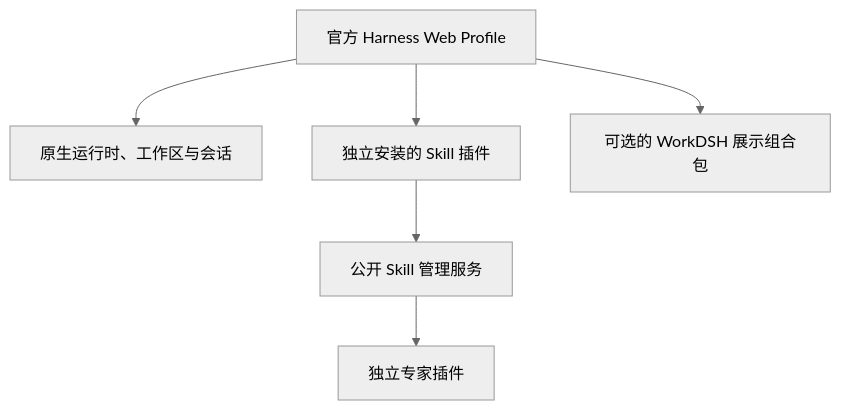
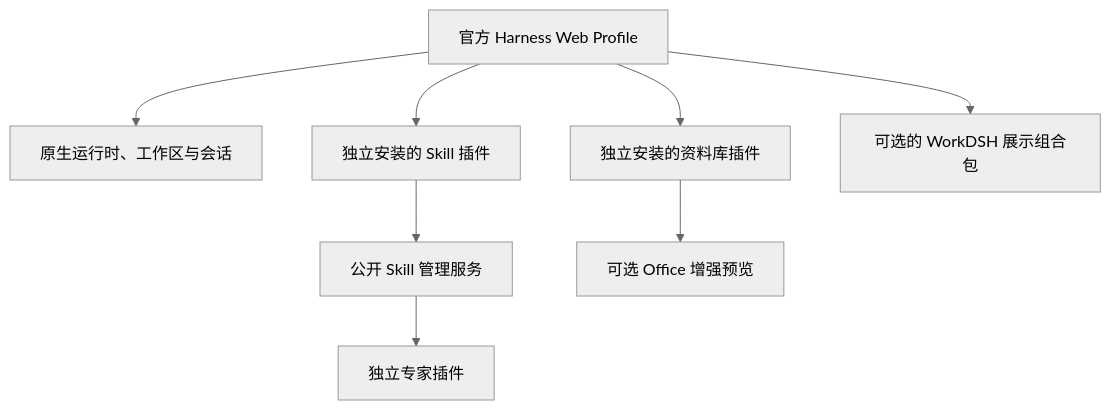
The diagram in README.zh-CN.md (hkluoji-lab/workdsh), drawn with Mermaid (neutral theme) before and after one commit. The commit also changed other lines of this file and 2 other files, not shown here.

Commit message:
docs: add library guide and screenshot

````diff
--- a/README.zh-CN.md
+++ b/README.zh-CN.md
@@ -95,9 +110,11 @@
 ```mermaid
 flowchart TB
   profile[官方 Harness Web Profile]
   profile --> native[原生运行时、工作区与会话]
   profile --> skills[独立安装的 Skill 插件]
+  profile --> library[独立安装的资料库插件]
   profile --> presentation[可选的 WorkDSH 展示组合包]
   skills --> service[公开 Skill 管理服务]
   service --> experts[独立专家插件]
+  library --> office[可选 Office 增强预览]
 ```
````
